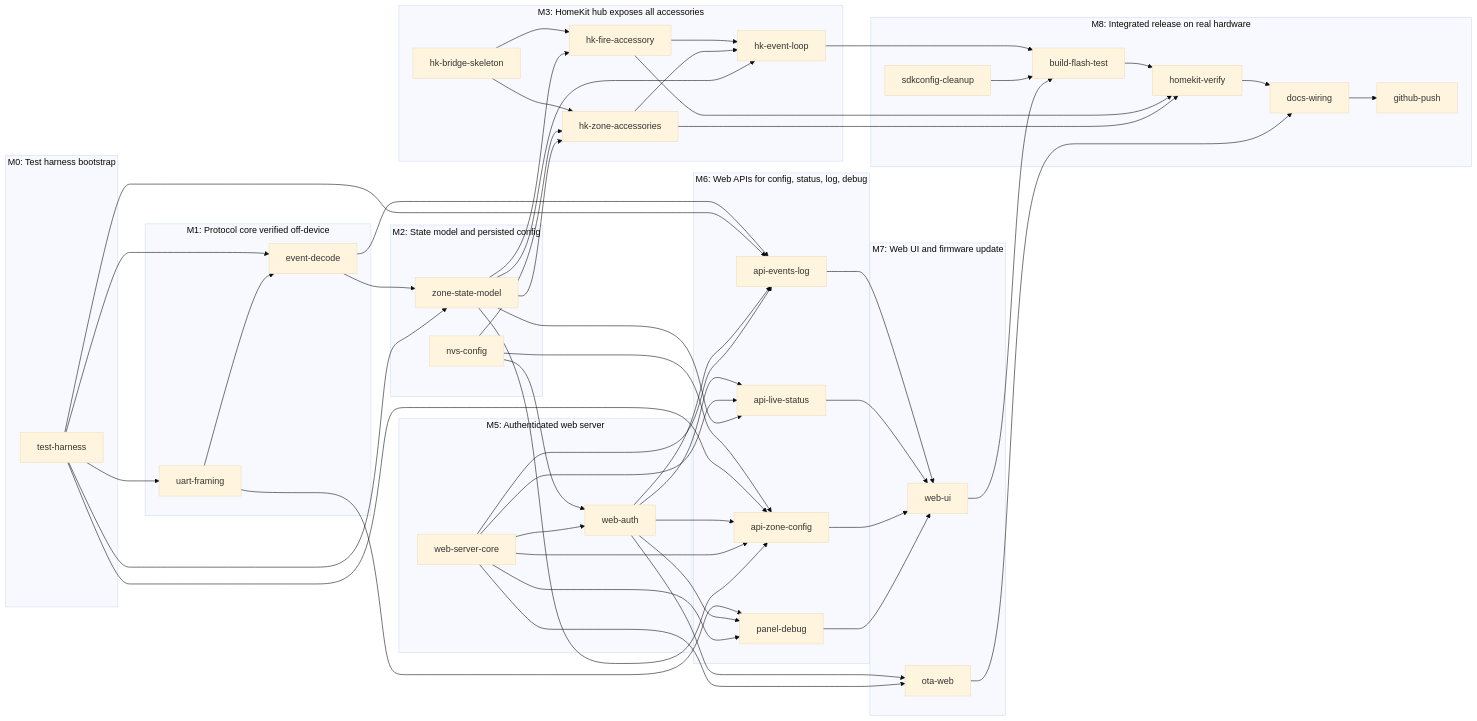
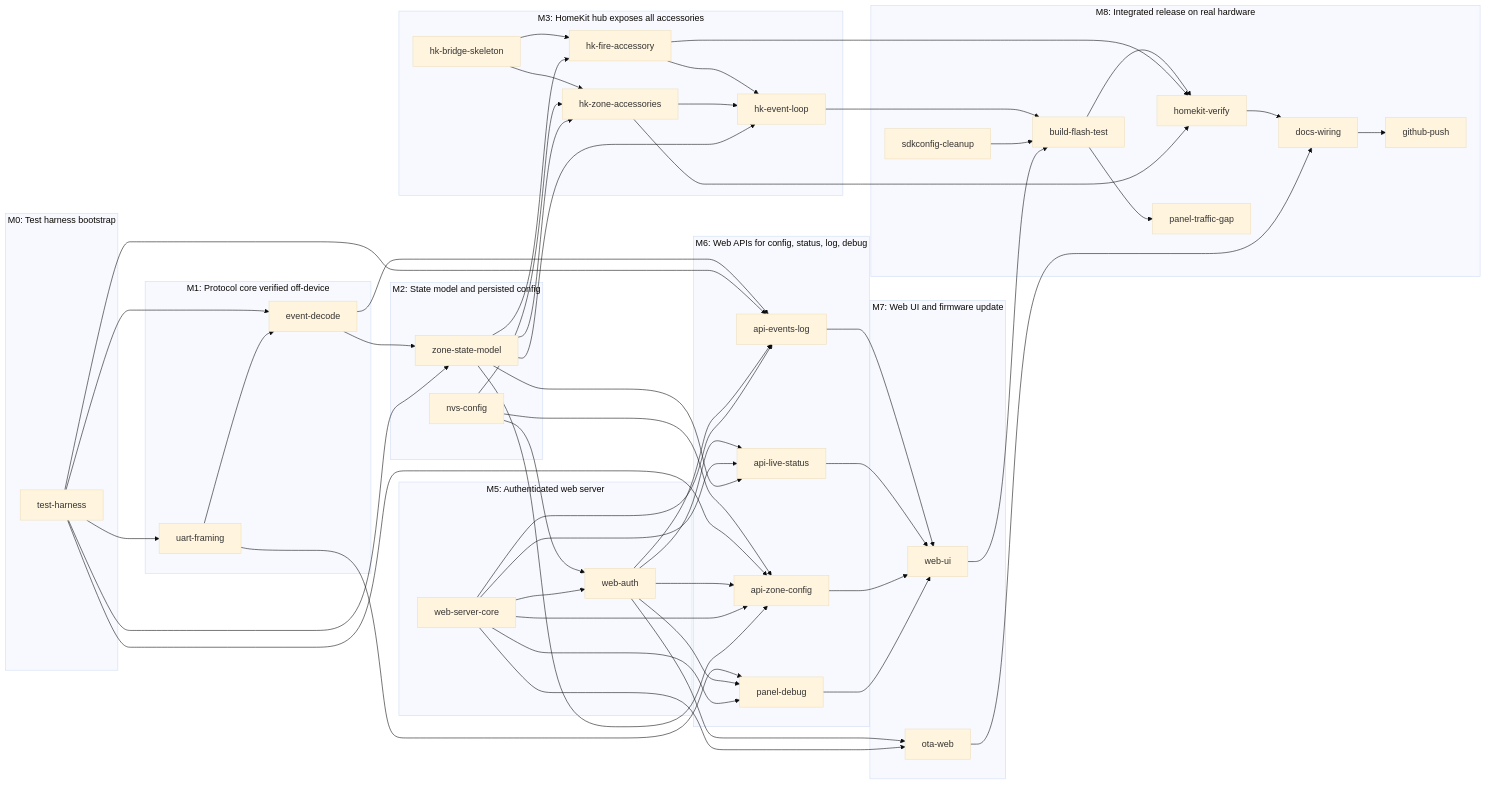
Before and after one commit to nplourde/esp-homekit-paradox1738: the diagram in TODO.md, drawn with Mermaid (base theme). The commit also changed other lines of this file and 4 other files, not shown here.

```diff
--- a/TODO.md
+++ b/TODO.md
@@ -514,6 +524,7 @@
     n_docs_wiring["docs-wiring"]
     n_github_push["github-push"]
     n_homekit_verify["homekit-verify"]
+    n_panel_traffic_gap["panel-traffic-gap"]
     n_sdkconfig_cleanup["sdkconfig-cleanup"]
   end
   n_event_decode --> n_api_events_log
@@ -545,6 +556,7 @@
   n_nvs_config --> n_hk_zone_accessories
   n_zone_state_model --> n_hk_zone_accessories
   n_build_flash_test --> n_homekit_verify
+  n_build_flash_test --> n_panel_traffic_gap
   n_hk_fire_accessory --> n_homekit_verify
   n_hk_zone_accessories --> n_homekit_verify
   n_web_auth --> n_ota_web
```
